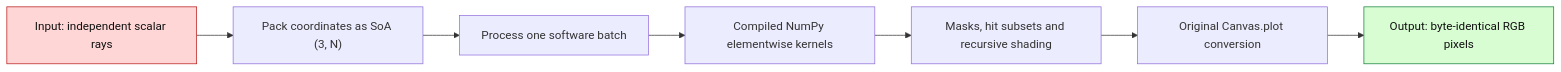
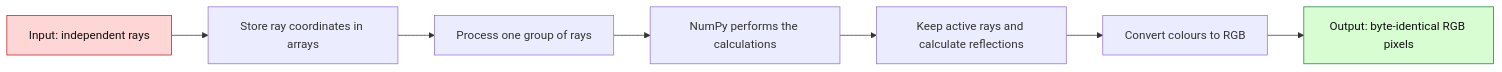
One commit to Tydox/Auxilary-Notes changed the fourth of 5 diagrams in software report v4/README.md. Above: the diagram before and after it, drawn with Mermaid. The commit also changed other lines of this file and 1 other file, not shown here.

````diff
--- a/software report v4/README.md
+++ b/software report v4/README.md
@@ -263,11 +282,11 @@
 ```mermaid
 flowchart LR
-    I["Input: independent scalar rays"]:::input --> P["Pack coordinates as SoA (3, N)"]
-    P --> B["Process one software batch"]
-    B --> U["Compiled NumPy elementwise kernels"]
-    U --> F["Masks, hit subsets and recursive shading"]
-    F --> C["Original Canvas.plot conversion"]
+    I["Input: independent rays"]:::input --> P["Store ray coordinates in arrays"]
+    P --> B["Process one group of rays"]
+    B --> U["NumPy performs the calculations"]
+    U --> F["Keep active rays and calculate reflections"]
+    F --> C["Convert colours to RGB"]
     C --> O["Output: byte-identical RGB pixels"]:::output
     classDef input fill:#ffd6d6,stroke:#b91c1c,color:#111
     classDef output fill:#d9fdd3,stroke:#15803d,color:#111
 ```
````
